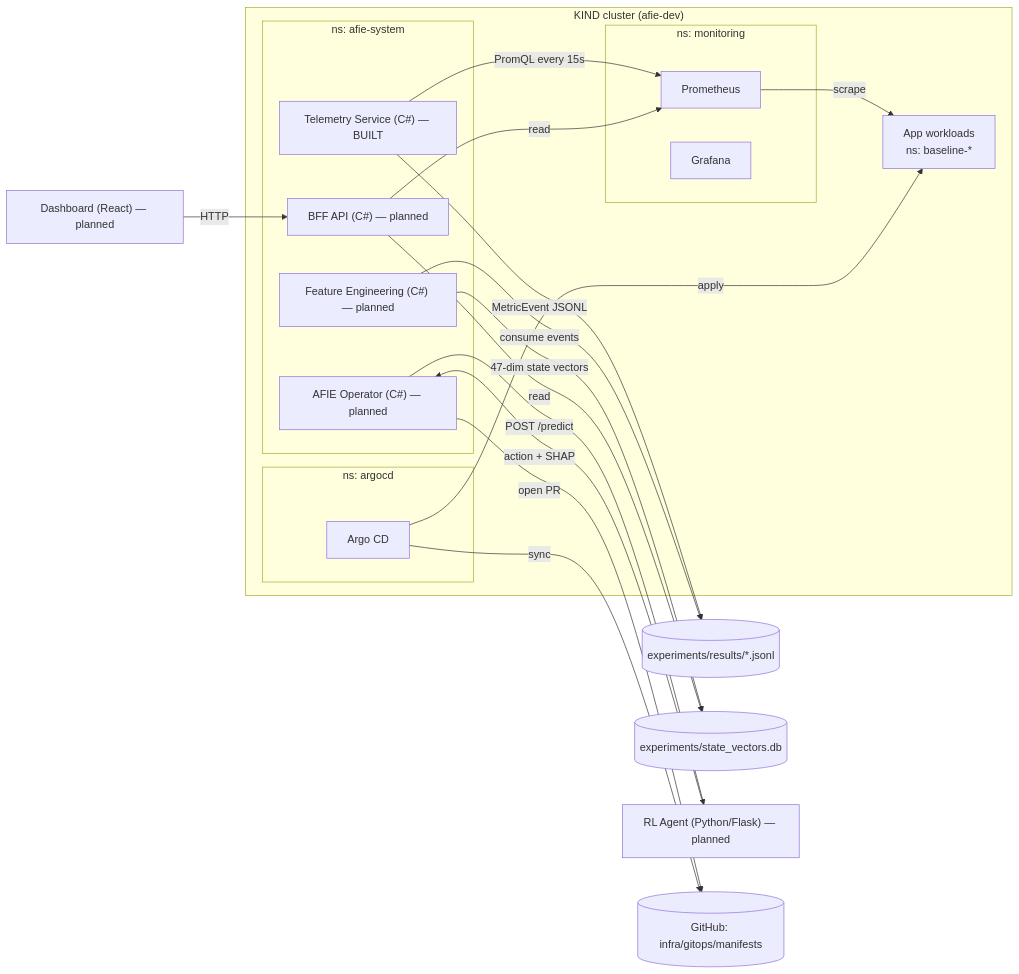
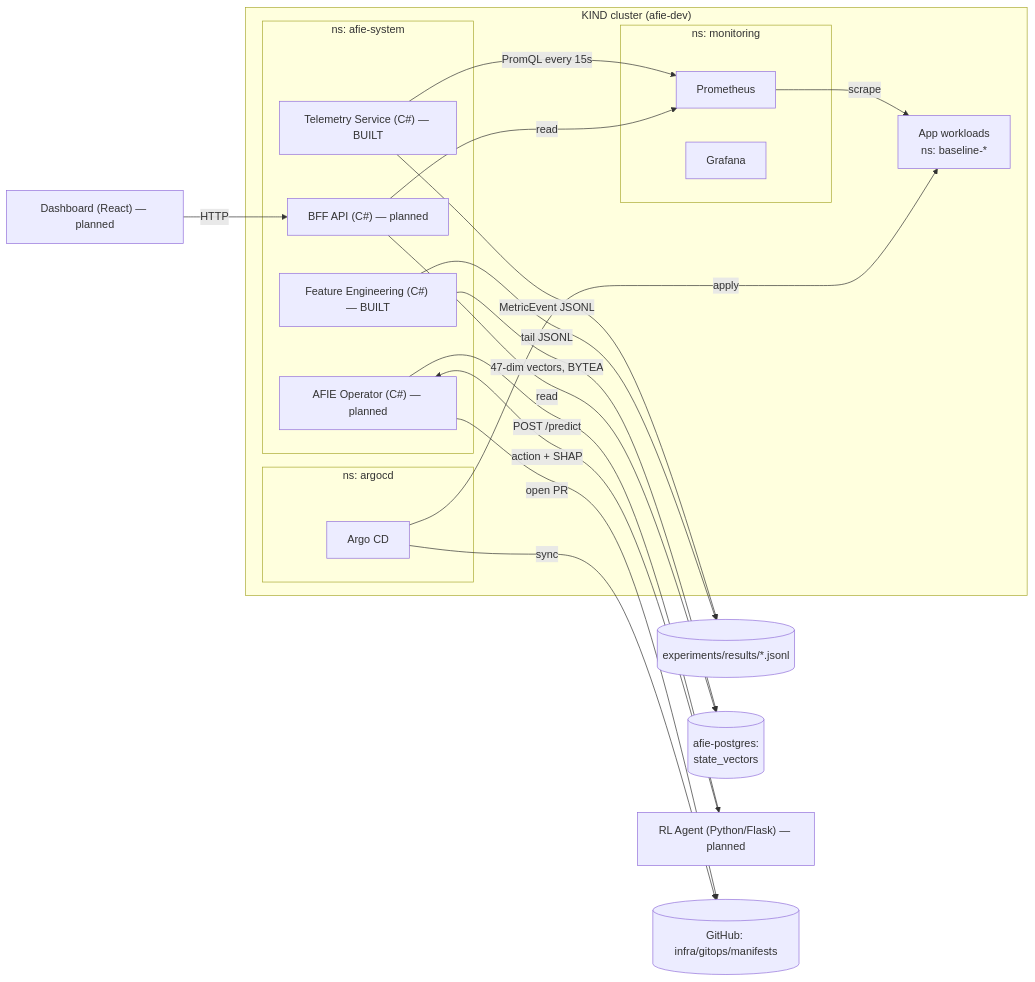
Before and after one commit to ravin00/AFIE: the first of 2 diagrams in docs/architecture.md, drawn with Mermaid. The commit also changed other lines of this file, not shown here.

Commit message:
feat: update architecture documentation to reflect Feature Engineering component as built and clarify data flow

````diff
--- a/docs/architecture.md
+++ b/docs/architecture.md
@@ -17,37 +17,37 @@
 ```mermaid
 flowchart LR
     subgraph K8s["KIND cluster (afie-dev)"]
         subgraph MonNS["ns: monitoring"]
             Prom[Prometheus]
             Graf[Grafana]
         end
         subgraph AfieNS["ns: afie-system"]
             Tel["Telemetry Service (C#) — BUILT"]
-            Feat["Feature Engineering (C#) — planned"]
+            Feat["Feature Engineering (C#) — BUILT"]
             Op["AFIE Operator (C#) — planned"]
             BFF["BFF API (C#) — planned"]
         end
         subgraph Argo["ns: argocd"]
             ArgoCD[Argo CD]
         end
         Workloads[App workloads<br/>ns: baseline-*]
     end
 
     Prom -->|scrape| Workloads
     Tel -->|PromQL every 15s| Prom
     Tel -->|MetricEvent JSONL| Sink[(experiments/results/*.jsonl)]
-    Feat -->|consume events| Sink
-    Feat -->|47-dim state vectors| SQLite[(experiments/state_vectors.db)]
+    Feat -->|tail JSONL| Sink
+    Feat -->|47-dim vectors, BYTEA| PG[(afie-postgres:<br/>state_vectors)]
 
     RL["RL Agent (Python/Flask) — planned"]
     Op -->|POST /predict| RL
     RL -->|action + SHAP| Op
     Op -->|open PR| Git[(GitHub: infra/gitops/manifests)]
     ArgoCD -->|sync| Git
     ArgoCD -->|apply| Workloads
 
     Dash["Dashboard (React) — planned"]
-    BFF -->|read| SQLite
+    BFF -->|read| PG
     BFF -->|read| Prom
     Dash -->|HTTP| BFF
 ```
````
